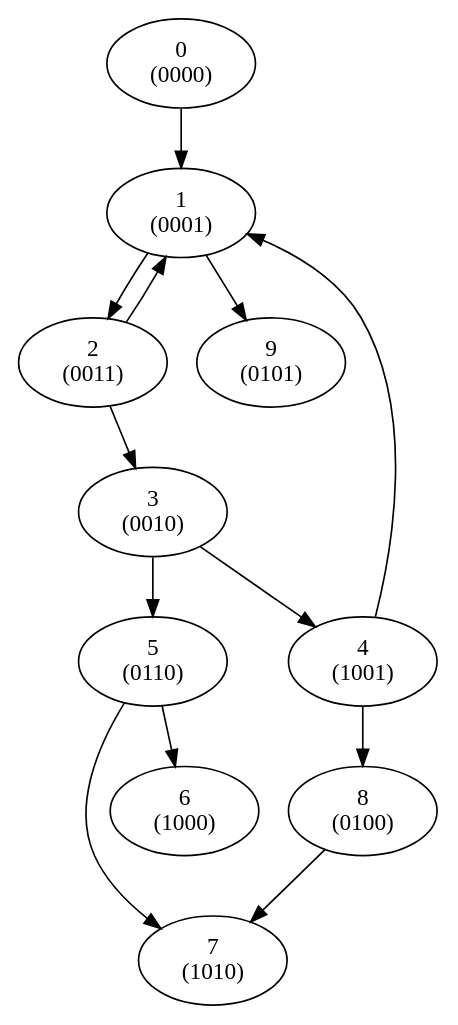
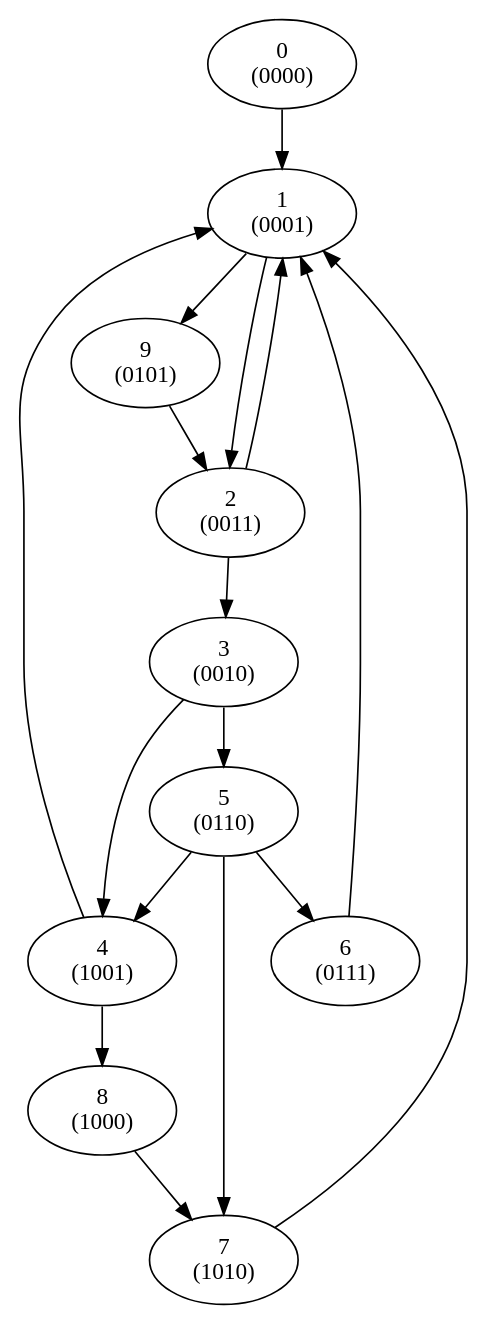
Before and after one commit to abemac/verilog-to-fsm: the diagram in state_encoding/yuan_alg/run/graph2.dot, drawn with Graphviz. The commit also changed 6 other files, not shown here.

```diff
--- a/state_encoding/yuan_alg/run/graph2.dot
+++ b/state_encoding/yuan_alg/run/graph2.dot
@@ -1,14 +1,18 @@
 digraph fsm {
 "0\n(0000)" -> "1\n(0001)";
 "1\n(0001)" -> "2\n(0011)";
 "1\n(0001)" -> "9\n(0101)";
 "2\n(0011)" -> "1\n(0001)";
 "2\n(0011)" -> "3\n(0010)";
 "3\n(0010)" -> "5\n(0110)";
 "3\n(0010)" -> "4\n(1001)";
 "4\n(1001)" -> "1\n(0001)";
-"4\n(1001)" -> "8\n(0100)";
+"4\n(1001)" -> "8\n(1000)";
+"5\n(0110)" -> "4\n(1001)";
 "5\n(0110)" -> "7\n(1010)";
-"5\n(0110)" -> "6\n(1000)";
-"8\n(0100)" -> "7\n(1010)";
+"5\n(0110)" -> "6\n(0111)";
+"6\n(0111)" -> "1\n(0001)";
+"7\n(1010)" -> "1\n(0001)";
+"8\n(1000)" -> "7\n(1010)";
+"9\n(0101)" -> "2\n(0011)";
 }
```
